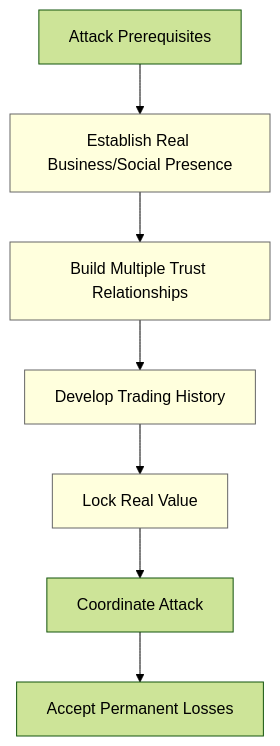
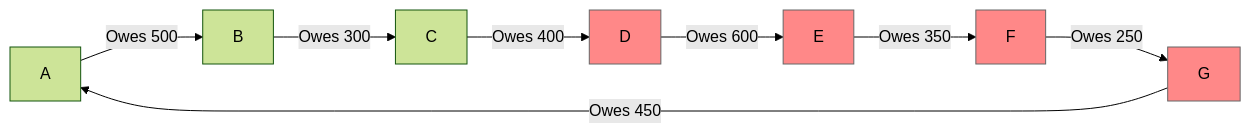
One commit to gotchoices/MyCHIPs changed the first of 5 diagrams in test/analysis/byzantine/scenarios/circuit-starvation.md. Above: the diagram before and after it, drawn with Mermaid (forest theme). The commit also changed other lines of this file and 7 other files, not shown here.

````diff
--- a/test/analysis/byzantine/scenarios/circuit-starvation.md
+++ b/test/analysis/byzantine/scenarios/circuit-starvation.md
@@ -77,14 +17,15 @@
 ```mermaid
-graph TD
-    A[Attack Prerequisites] --> B[Establish Real Business/Social Presence]
-    B --> C[Build Multiple Trust Relationships]
-    C --> D[Develop Trading History]
-    D --> E[Lock Real Value]
-    E --> F[Coordinate Attack]
-    F --> G[Accept Permanent Losses]
+graph LR
+    A -->|"Owes 500"| B
+    B -->|"Owes 300"| C
+    C -->|"Owes 400"| D
+    D -->|"Owes 600"| E
+    E -->|"Owes 350"| F
+    F -->|"Owes 250"| G
+    G -->|"Owes 450"| A
     
-    style B fill:#ffd,stroke:#666
-    style C fill:#ffd,stroke:#666
-    style D fill:#ffd,stroke:#666
-    style E fill:#ffd,stroke:#666
+    style D fill:#f88,stroke:#666
+    style E fill:#f88,stroke:#666
+    style F fill:#f88,stroke:#666
+    style G fill:#f88,stroke:#666
 ```
````
